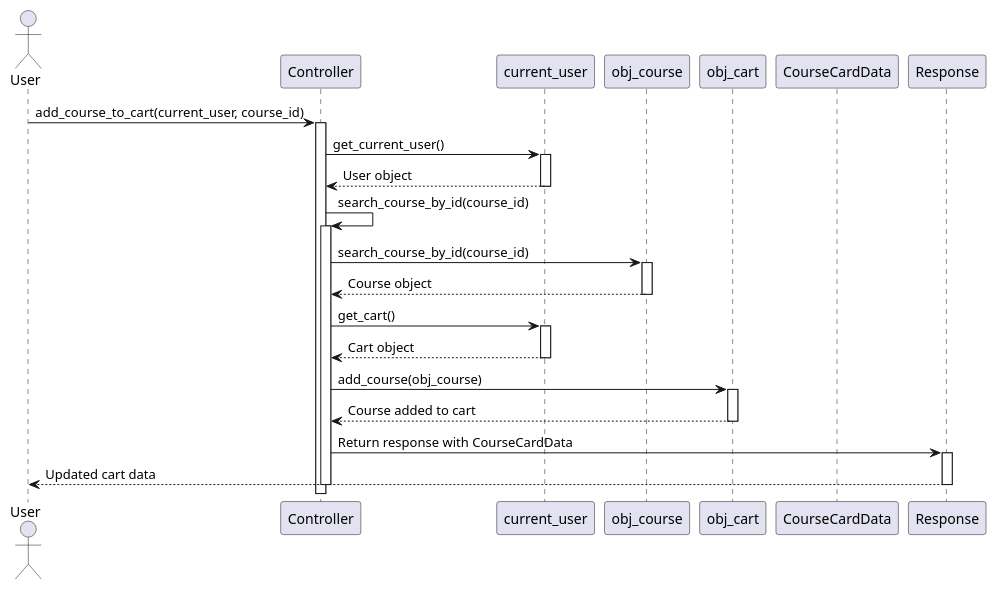
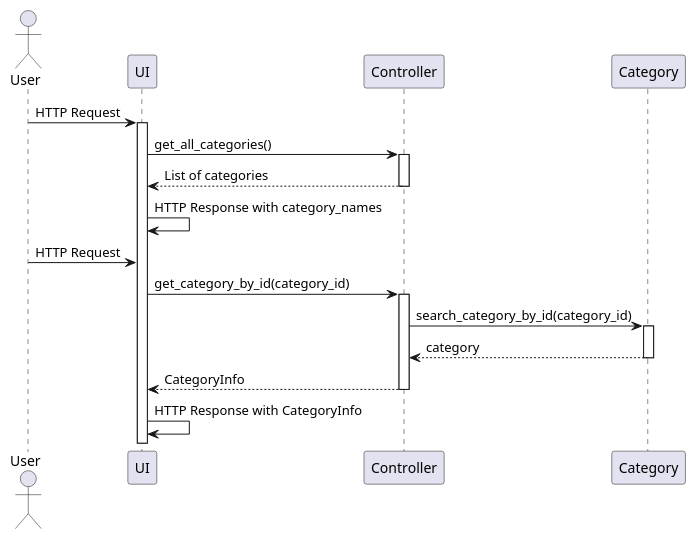
The diagram in diagrams/plantuml/category.puml (KMITLSuicide/KMITL-ObjectOrientedProgramming-Project), drawn with PlantUML before and after one commit. The commit also changed 1 other file, not shown here.

```diff
--- a/diagrams/plantuml/category.puml
+++ b/diagrams/plantuml/category.puml
@@ -1,37 +1,30 @@
-@startuml FastAPI - Add Course to Cart Sequence Diagram
+@startuml
+actor User
 
-actor User
+participant "UI" as Server
 participant Controller
-participant current_user
-participant obj_course
-participant obj_cart
-participant CourseCardData
-participant Response
+participant Category
 
-User -> Controller: add_course_to_cart(current_user, course_id)
+User -> Server: HTTP Request
+activate Server
+
+Server -> Controller: get_all_categories()
 activate Controller
-Controller -> current_user: get_current_user()
-activate current_user
-current_user --> Controller: User object
-deactivate current_user
-Controller -> Controller: search_course_by_id(course_id)
-activate Controller
-Controller -> obj_course: search_course_by_id(course_id)
-activate obj_course
-obj_course --> Controller: Course object
-deactivate obj_course
-Controller -> current_user: get_cart()
-activate current_user
-current_user --> Controller: Cart object
-deactivate current_user
-Controller -> obj_cart: add_course(obj_course)
-activate obj_cart
-obj_cart --> Controller: Course added to cart
-deactivate obj_cart
-Controller -> Response: Return response with CourseCardData
-activate Response
-Response --> User: Updated cart data
-deactivate Response
+Controller --> Server: List of categories
 deactivate Controller
 
+Server -> Server: HTTP Response with category_names
+
+User -> Server: HTTP Request
+Server -> Controller: get_category_by_id(category_id)
+activate Controller
+Controller -> Category: search_category_by_id(category_id)
+activate Category
+Category --> Controller: category
+deactivate Category
+Controller --> Server: CategoryInfo
+deactivate Controller
+
+Server -> Server: HTTP Response with CategoryInfo
+
 @enduml
```
